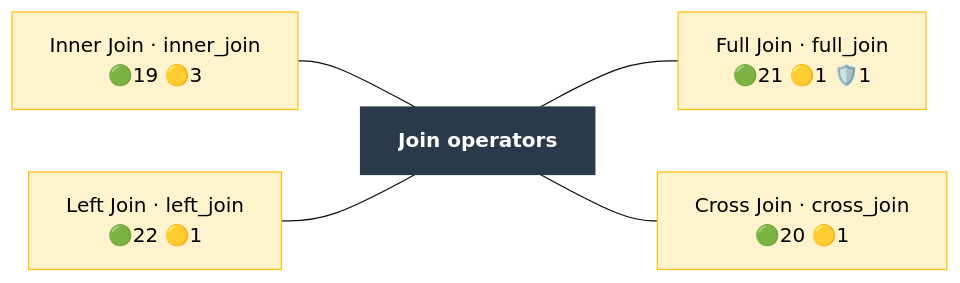
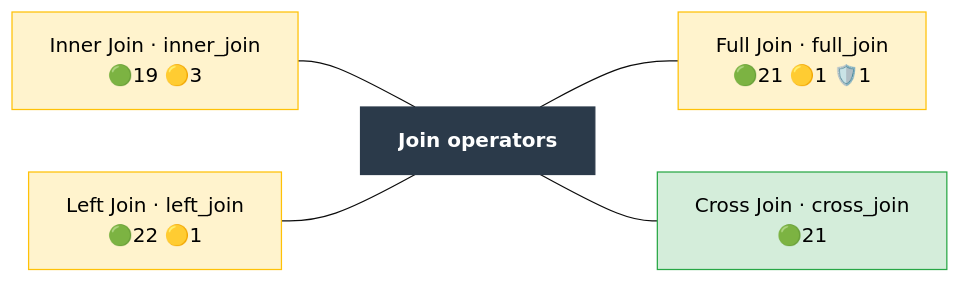
One commit to Meaningful-Data/vtlengine changed the diagram in docs/operator_map/join/index.rst. Above: the diagram before and after it, drawn with Mermaid (base theme). The commit also changed other lines of this file and 161 other files, not shown here.

```diff
--- a/docs/operator_map/join/index.rst
+++ b/docs/operator_map/join/index.rst
@@ -17,24 +17,24 @@
 .. mermaid::
    :config: {"flowchart": {"useMaxWidth": false}}
 
    flowchart LR
        classDef ok fill:#d4edda,stroke:#28a745,color:#000
        classDef partial fill:#fff3cd,stroke:#ffc107,color:#000
        classDef refused fill:#d4edda,stroke:#28a745,stroke-width:3px,stroke-dasharray: 2 2,color:#000
        classDef missing fill:#f8d7da,stroke:#dc3545,color:#000
        classDef diverge fill:#cce5ff,stroke:#007bff,color:#000
        classDef block fill:#2b3a4a,stroke:#2b3a4a,color:#fff,font-weight:bold
        classDef ext fill:#fff,stroke:#666,color:#000,stroke-dasharray: 5 5
        B["Join operators"]:::block
        join__inner_join["Inner Join · inner_join<br/>🟢19 🟡3"]:::partial
        join__left_join["Left Join · left_join<br/>🟢22 🟡1"]:::partial
        join__full_join["Full Join · full_join<br/>🟢21 🟡1 🛡️1"]:::partial
-       join__cross_join["Cross Join · cross_join<br/>🟢20 🟡1"]:::partial
+       join__cross_join["Cross Join · cross_join<br/>🟢21"]:::ok
        join__inner_join --- B
        join__left_join --- B
        B --- join__full_join
        B --- join__cross_join
        click join__inner_join href "inner_join.html"
        click join__left_join href "left_join.html"
        click join__full_join href "full_join.html"
        click join__cross_join href "cross_join.html"
```
